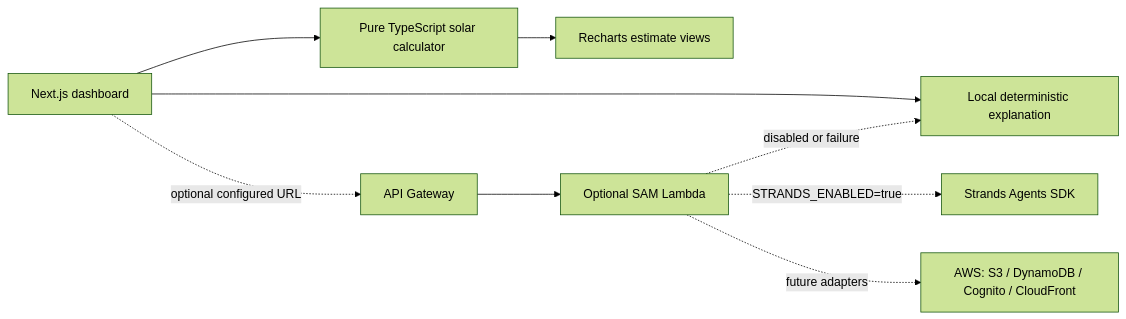
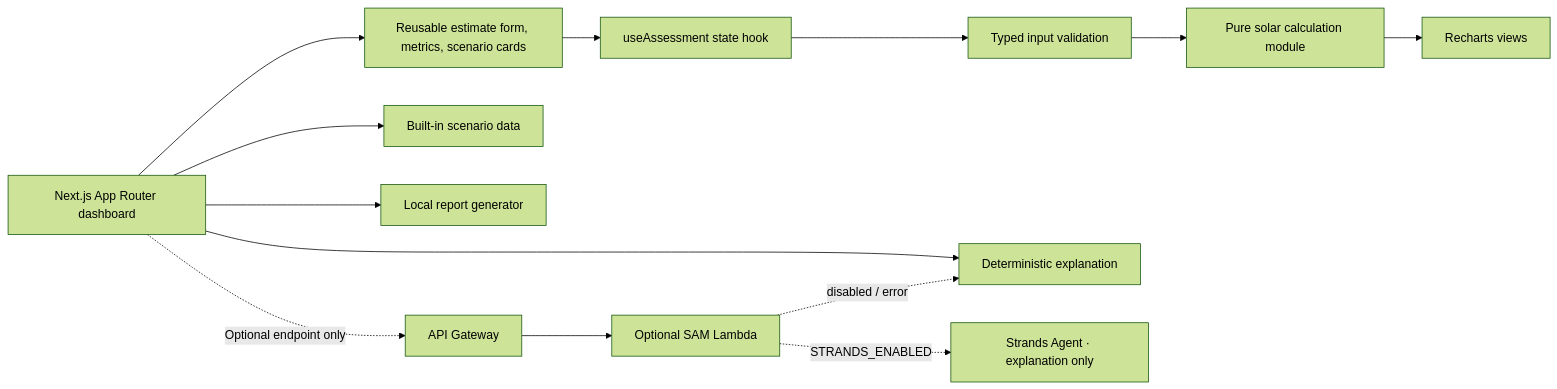
The diagram in README.md (KA17ERR/SolarSmart), drawn with Mermaid (forest theme) before and after one commit. The commit also changed other lines of this file and 28 other files, not shown here.

````diff
--- a/README.md
+++ b/README.md
@@ -31,11 +35,15 @@
 ```mermaid
 flowchart LR
-  U[Next.js dashboard] --> C[Pure TypeScript solar calculator]
-  C --> V[Recharts estimate views]
-  U --> F[Local deterministic explanation]
-  U -. optional configured URL .-> A[API Gateway]
-  A --> L[Optional SAM Lambda]
-  L -. STRANDS_ENABLED=true .-> S[Strands Agents SDK]
-  L -. disabled or failure .-> F
-  L -. future adapters .-> AWS[AWS: S3 / DynamoDB / Cognito / CloudFront]
+  Page[Next.js App Router dashboard] --> UI[Reusable estimate form, metrics, scenario cards]
+  UI --> State[useAssessment state hook]
+  State --> Validation[Typed input validation]
+  Validation --> Calc[Pure solar calculation module]
+  Calc --> Charts[Recharts views]
+  Page --> Demo[Built-in scenario data]
+  Page --> Report[Local report generator]
+  Page --> Fallback[Deterministic explanation]
+  Page -. Optional endpoint only .-> API[API Gateway]
+  API --> Lambda[Optional SAM Lambda]
+  Lambda -. STRANDS_ENABLED .-> Strands[Strands Agent · explanation only]
+  Lambda -. disabled / error .-> Fallback
 ```
````
